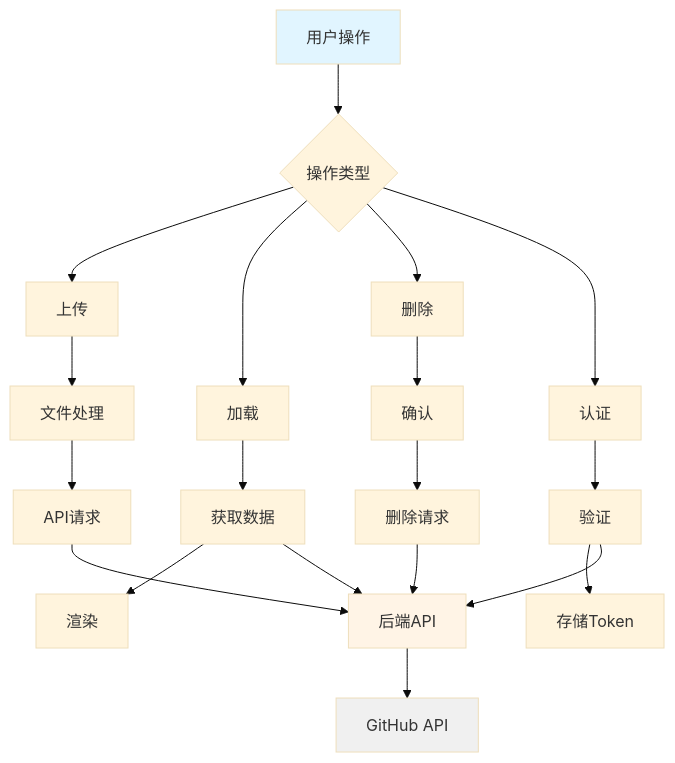
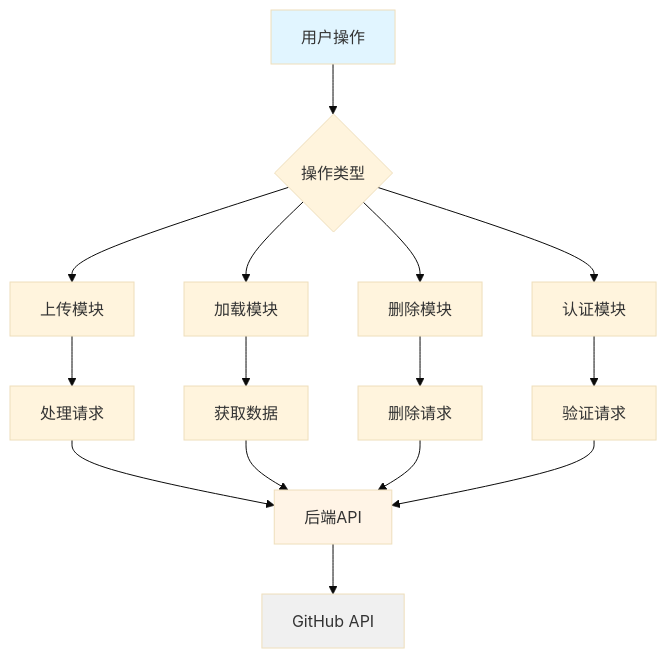
The first of 4 diagrams in docs/architecture.md (hoochanlon/picx-images-hosting), drawn with Mermaid (base theme) before and after one commit. The commit also changed other lines of this file and 5 other files, not shown here.

````diff
--- a/docs/architecture.md
+++ b/docs/architecture.md
@@ -14,31 +14,26 @@
 ```mermaid
-graph TB
+flowchart TB
     A[用户操作] --> B{操作类型}
-    B --> C[上传]
-    B --> D[加载]
-    B --> E[删除]
-    B --> F[认证]
+    B --> C[上传模块]
+    B --> D[加载模块]
+    B --> E[删除模块]
+    B --> F[认证模块]
     
-    C --> C1[文件处理]
-    C1 --> C2[API请求]
+    C --> C1[处理请求]
+    C1 --> H1[后端API]
     
     D --> D1[获取数据]
-    D1 --> D2[渲染]
+    D1 --> H1
     
-    E --> E1[确认]
-    E1 --> E2[删除请求]
+    E --> E1[删除请求]
+    E1 --> H1
     
-    F --> F1[验证]
-    F1 --> F2[存储Token]
-    
-    C2 --> H1[后端API]
-    D1 --> H1
-    E2 --> H1
+    F --> F1[验证请求]
     F1 --> H1
     
     H1 --> G1[GitHub API]
     
     style A fill:#e1f5ff
     style H1 fill:#fff4e6
     style G1 fill:#f0f0f0
 ```
````
